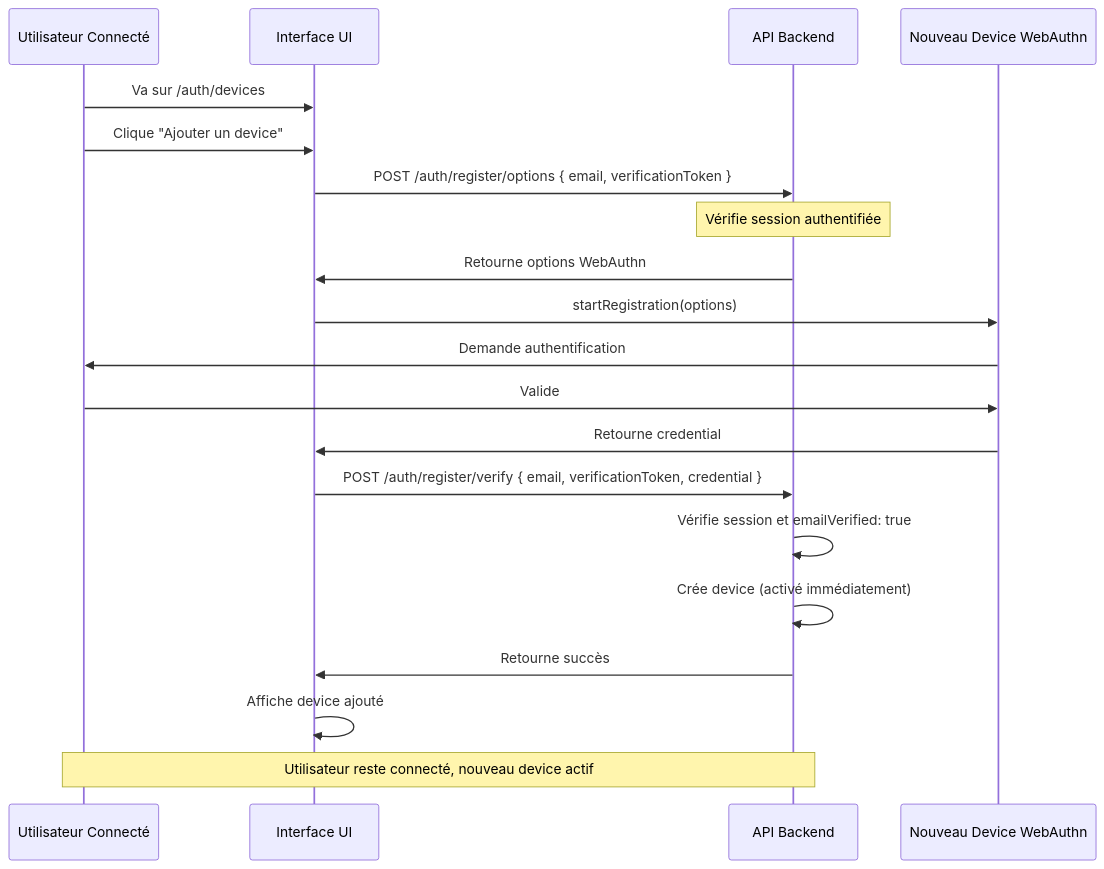
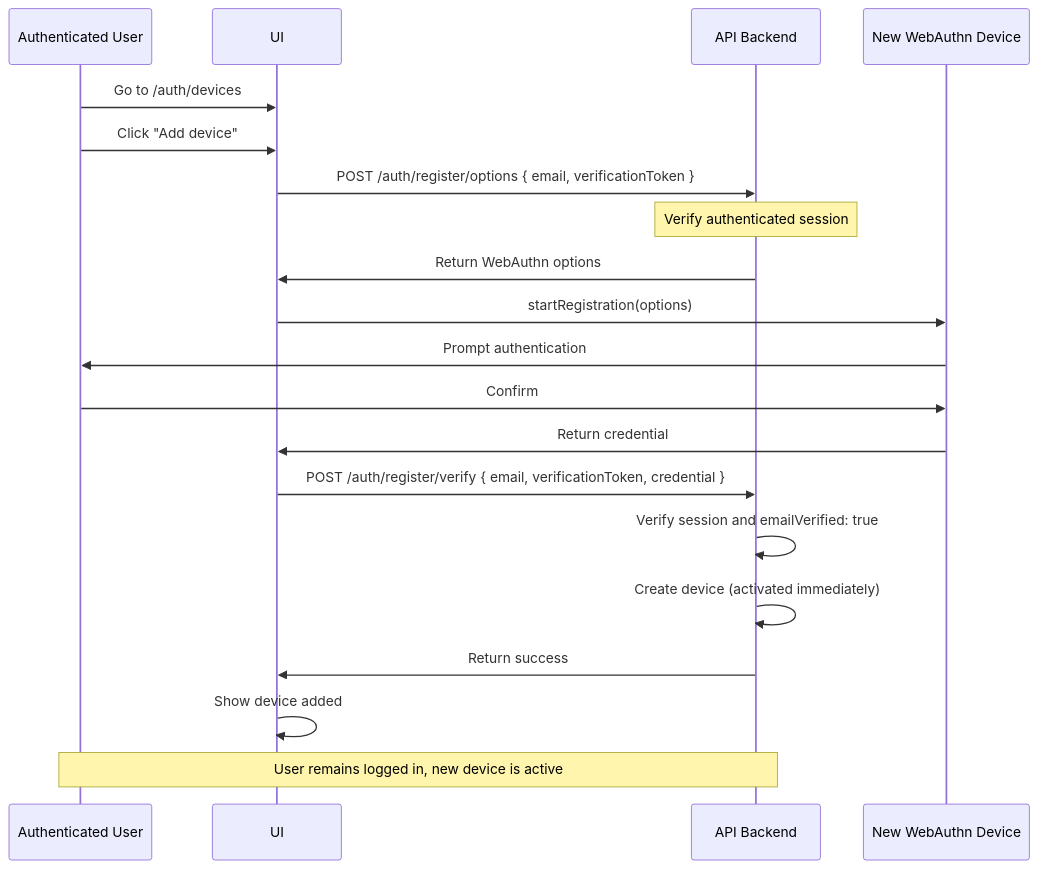
One commit to rhanka/sentropic changed the fifth of 5 diagrams in spec/WORKFLOW_AUTH.md. Above: the diagram before and after it, drawn with Mermaid. The commit also changed other lines of this file and 13 other files, not shown here.

````diff
--- a/spec/WORKFLOW_AUTH.md
+++ b/spec/WORKFLOW_AUTH.md
@@ -129,23 +128,23 @@
 ```mermaid
 sequenceDiagram
-    participant U as Utilisateur Connecté
-    participant UI as Interface UI
+    participant U as Authenticated User
+    participant UI as UI
     participant API as API Backend
-    participant Device as Nouveau Device WebAuthn
+    participant Device as New WebAuthn Device
 
-    U->>UI: Va sur /auth/devices
-    U->>UI: Clique "Ajouter un device"
+    U->>UI: Go to /auth/devices
+    U->>UI: Click "Add device"
     UI->>API: POST /auth/register/options { email, verificationToken }
-    Note over API: Vérifie session authentifiée
-    API->>UI: Retourne options WebAuthn
+    Note over API: Verify authenticated session
+    API->>UI: Return WebAuthn options
     UI->>Device: startRegistration(options)
-    Device->>U: Demande authentification
-    U->>Device: Valide
-    Device->>UI: Retourne credential
+    Device->>U: Prompt authentication
+    U->>Device: Confirm
+    Device->>UI: Return credential
     UI->>API: POST /auth/register/verify { email, verificationToken, credential }
-    API->>API: Vérifie session et emailVerified: true
-    API->>API: Crée device (activé immédiatement)
-    API->>UI: Retourne succès
-    UI->>UI: Affiche device ajouté
-    Note over U,API: Utilisateur reste connecté, nouveau device actif
+    API->>API: Verify session and emailVerified: true
+    API->>API: Create device (activated immediately)
+    API->>UI: Return success
+    UI->>UI: Show device added
+    Note over U,API: User remains logged in, new device is active
 ```
````
